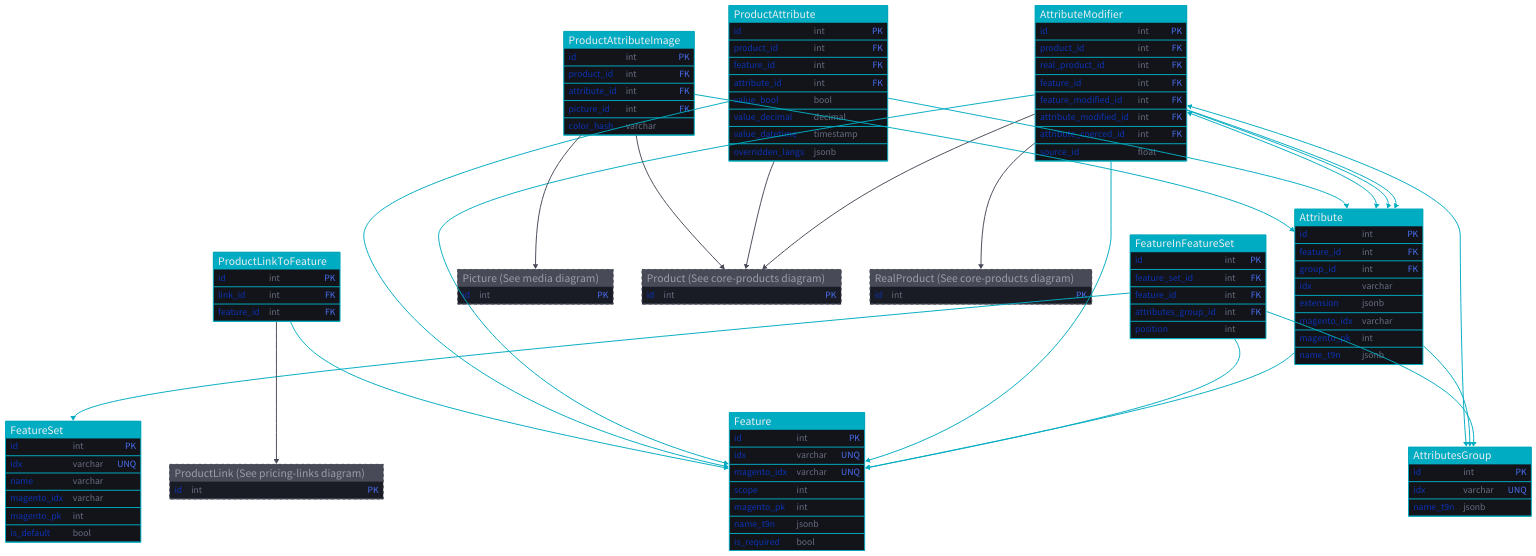
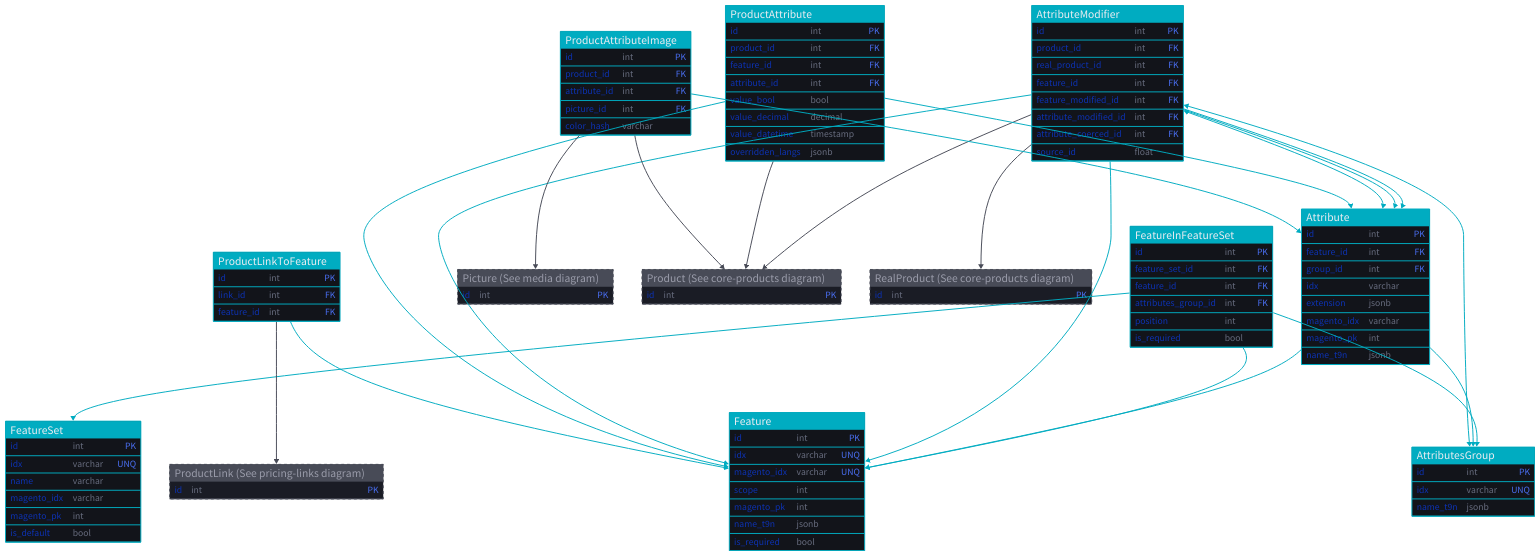
The second of 8 diagrams in docs/erd.md (entirius/entirius-django-pim), drawn with D2 before and after one commit. The commit also changed 9 other files, not shown here.

```diff
--- a/docs/erd.md
+++ b/docs/erd.md
@@ -245,6 +245,7 @@
   feature_id: int {constraint: foreign_key}
   attributes_group_id: int {constraint: foreign_key}
   position: int
+  is_required: bool
 }
 
 Attribute: {
```
